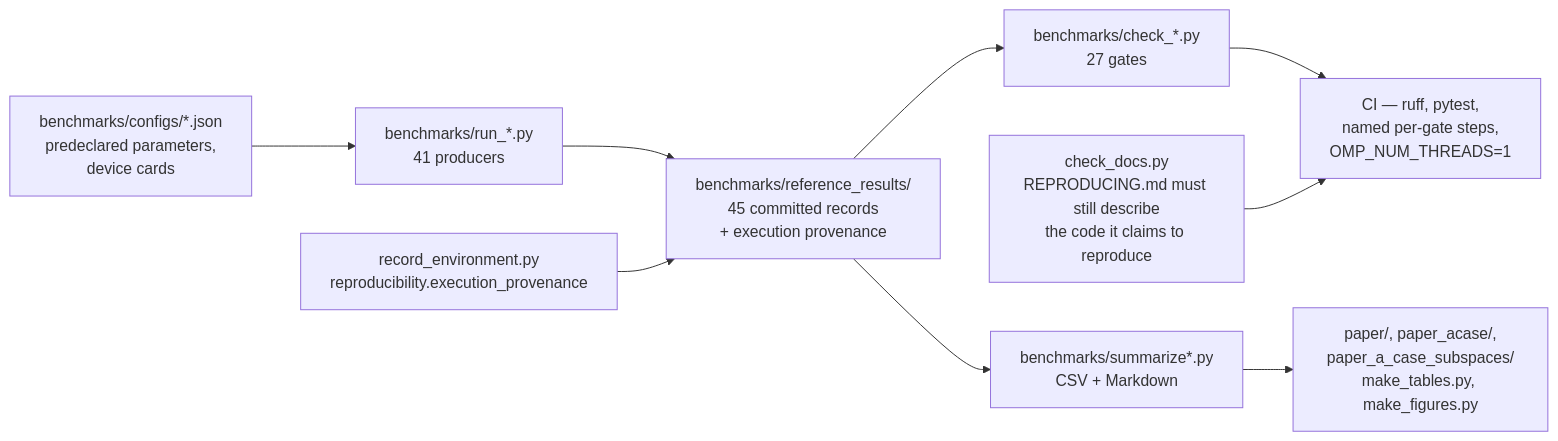
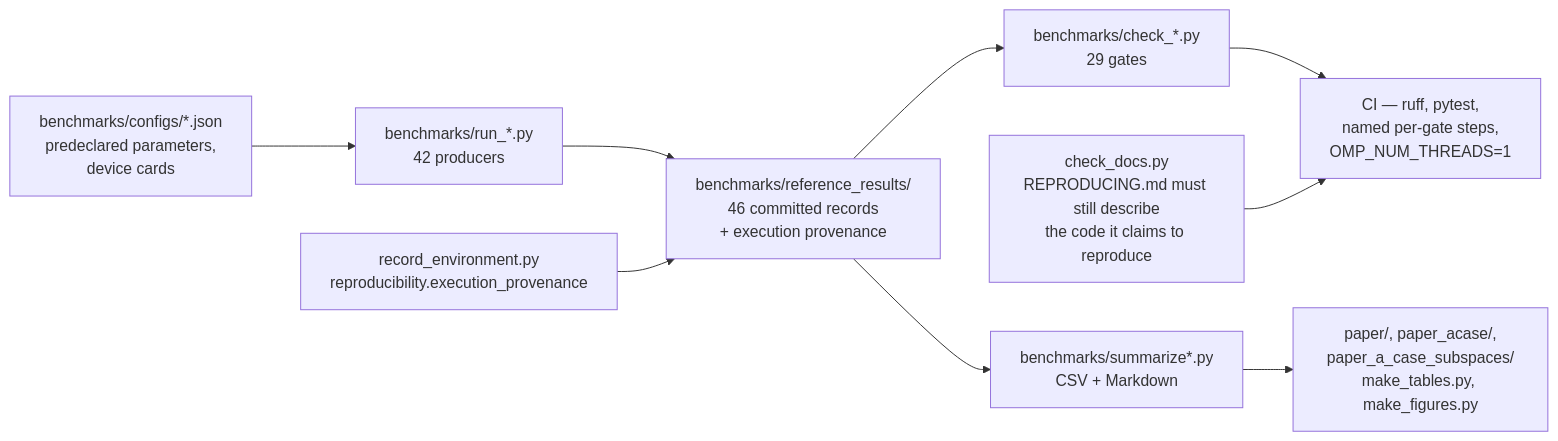
Before and after one commit to gutama/clifford_qc: the fourth of 4 diagrams in ARCHITECTURE.md, drawn with Mermaid. The commit also changed other lines of this file, not shown here.

Commit message:
docs: refresh the evidence-layer counts for R3d
Rebasing onto main picked up the R3d within-grid QR3 refinement, which adds
a producer, two gates, a committed record and two test modules. The package
itself is untouched, so every clifford_qc/ count in the layer table still
holds; only the benchmarks/ and tests/ figures moved:

  producers  41 -> 42
  gates      27 -> 29
  records    45 -> 46
  test mods  97 -> 99  (~21.9k -> ~22.3k lines)

Claude-Session: https://claude.ai/code/session_01C6x2svSYanrauj4x7xzedb

````diff
--- a/ARCHITECTURE.md
+++ b/ARCHITECTURE.md
@@ -249,17 +249,17 @@
 ```mermaid
 flowchart LR
     CFG["benchmarks/configs/*.json<br/>predeclared parameters,<br/>device cards"]
-    RUN["benchmarks/run_*.py<br/>41 producers"]
-    REC["benchmarks/reference_results/<br/>45 committed records<br/>+ execution provenance"]
-    CHK["benchmarks/check_*.py<br/>27 gates"]
+    RUN["benchmarks/run_*.py<br/>42 producers"]
+    REC["benchmarks/reference_results/<br/>46 committed records<br/>+ execution provenance"]
+    CHK["benchmarks/check_*.py<br/>29 gates"]
     SUM["benchmarks/summarize*.py<br/>CSV + Markdown"]
     PAPER["paper/, paper_acase/,<br/>paper_a_case_subspaces/<br/>make_tables.py, make_figures.py"]
     CI["CI &mdash; ruff, pytest,<br/>named per-gate steps,<br/>OMP_NUM_THREADS=1"]
 
     CFG --> RUN --> REC
     REC --> CHK
     REC --> SUM --> PAPER
     CHK --> CI
     DOCS["check_docs.py<br/>REPRODUCING.md must still describe<br/>the code it claims to reproduce"] --> CI
     ENV["record_environment.py<br/>reproducibility.execution_provenance"] --> REC
 ```
````
